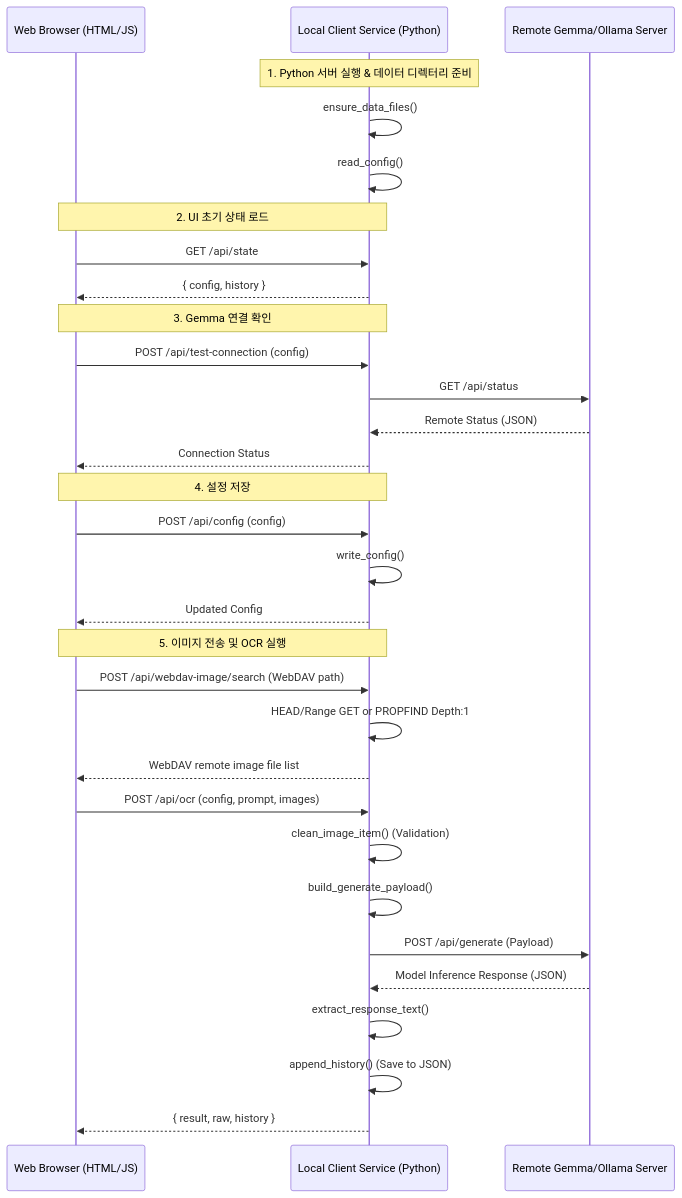
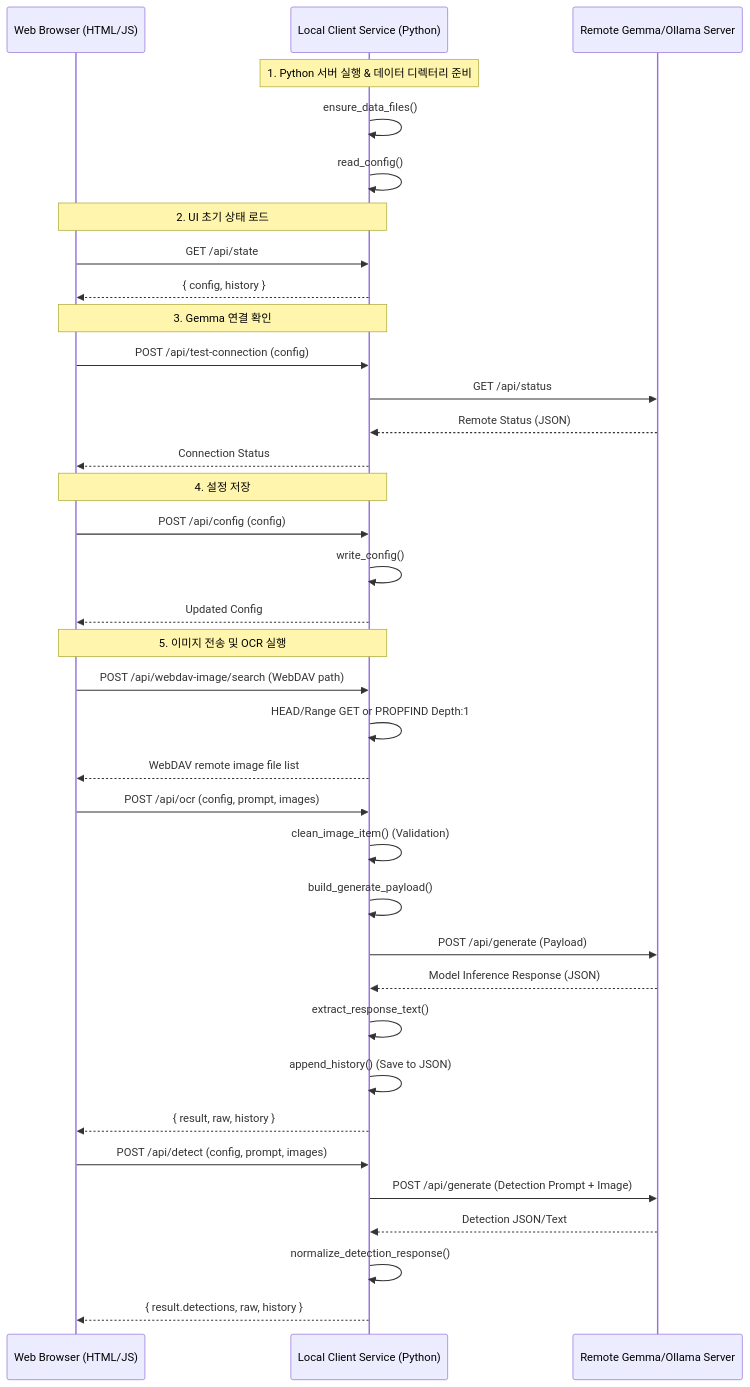
One commit to jeonghoonkang/BerePi changed the diagram in apps/camera/ocr/gemma_ocr_client/spec.md. Above: the diagram before and after it, drawn with Mermaid. The commit also changed other lines of this file and 6 other files, not shown here.

````diff
--- a/apps/camera/ocr/gemma_ocr_client/spec.md
+++ b/apps/camera/ocr/gemma_ocr_client/spec.md
@@ -11,38 +11,44 @@
 ```mermaid
 sequenceDiagram
     participant UI as Web Browser (HTML/JS)
     participant Client as Local Client Service (Python)
     participant Remote as Remote Gemma/Ollama Server
 
     Note over Client: 1. Python 서버 실행 & 데이터 디렉터리 준비
     Client->>Client: ensure_data_files()
     Client->>Client: read_config()
 
     Note over UI, Client: 2. UI 초기 상태 로드
     UI->>Client: GET /api/state
     Client-->>UI: { config, history }
 
     Note over UI, Client: 3. Gemma 연결 확인
     UI->>Client: POST /api/test-connection (config)
     Client->>Remote: GET /api/status
     Remote-->>Client: Remote Status (JSON)
     Client-->>UI: Connection Status
 
     Note over UI, Client: 4. 설정 저장
     UI->>Client: POST /api/config (config)
     Client->>Client: write_config()
     Client-->>UI: Updated Config
 
     Note over UI, Client: 5. 이미지 전송 및 OCR 실행
     UI->>Client: POST /api/webdav-image/search (WebDAV path)
     Client->>Client: HEAD/Range GET or PROPFIND Depth:1
     Client-->>UI: WebDAV remote image file list
     UI->>Client: POST /api/ocr (config, prompt, images)
     Client->>Client: clean_image_item() (Validation)
     Client->>Client: build_generate_payload()
     Client->>Remote: POST /api/generate (Payload)
     Remote-->>Client: Model Inference Response (JSON)
     Client->>Client: extract_response_text()
     Client->>Client: append_history() (Save to JSON)
     Client-->>UI: { result, raw, history }
+
+    UI->>Client: POST /api/detect (config, prompt, images)
+    Client->>Remote: POST /api/generate (Detection Prompt + Image)
+    Remote-->>Client: Detection JSON/Text
+    Client->>Client: normalize_detection_response()
+    Client-->>UI: { result.detections, raw, history }
 ```
````
